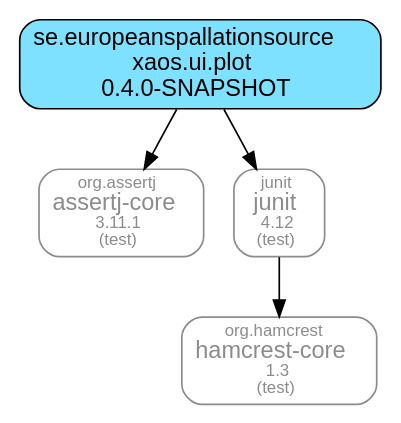
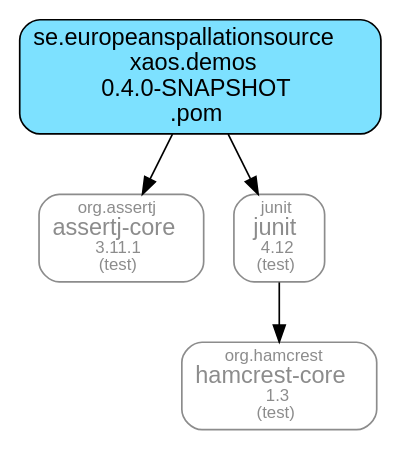
Before and after one commit to ESSICS/XAOS: the diagram in xaos.demos.module/doc/maven-dependencies.dot, drawn with Graphviz. The commit also changed 67 other files, not shown here.

```diff
--- a/xaos.demos.module/doc/maven-dependencies.dot
+++ b/xaos.demos.module/doc/maven-dependencies.dot
@@ -1,15 +1,15 @@
-digraph "xaos.ui.plot" {
+digraph "xaos.demos" {
   node [shape="box",style="rounded",fontname="Helvetica",fontsize="14"]
   edge [fontsize="10",fontname="Helvetica"]
 
   // Node Definitions:
-  "se.europeanspallationsource:xaos.ui.plot:jar"[shape="box",style="rounded, filled",fillcolor="#7DE1FF",label=<se.europeanspallationsource<br/>xaos.ui.plot<br/>0.4.0-SNAPSHOT>]
+  "se.europeanspallationsource:xaos.demos:pom"[shape="box",style="rounded, filled",fillcolor="#7DE1FF",label=<se.europeanspallationsource<br/>xaos.demos<br/>0.4.0-SNAPSHOT<br/>.pom>]
   "org.assertj:assertj-core:jar"[shape="box",style="rounded",color="grey55",fontname="Helvetica",fontsize="14",fontcolor="grey55",label=<<font color="grey55" point-size="10">org.assertj</font><br/>assertj-core<font color="grey55" point-size="10"><br/>3.11.1</font><font color="grey55" point-size="10"><br/>(test)</font>>]
   "junit:junit:jar"[shape="box",style="rounded",color="grey55",fontname="Helvetica",fontsize="14",fontcolor="grey55",label=<<font color="grey55" point-size="10">junit</font><br/>junit<font color="grey55" point-size="10"><br/>4.12</font><font color="grey55" point-size="10"><br/>(test)</font>>]
   "org.hamcrest:hamcrest-core:jar"[shape="box",style="rounded",color="grey55",fontname="Helvetica",fontsize="14",fontcolor="grey55",label=<<font color="grey55" point-size="10">org.hamcrest</font><br/>hamcrest-core<font color="grey55" point-size="10"><br/>1.3</font><font color="grey55" point-size="10"><br/>(test)</font>>]
 
   // Edge Definitions:
-  "se.europeanspallationsource:xaos.ui.plot:jar" -> "org.assertj:assertj-core:jar"
+  "se.europeanspallationsource:xaos.demos:pom" -> "org.assertj:assertj-core:jar"
   "junit:junit:jar" -> "org.hamcrest:hamcrest-core:jar"
-  "se.europeanspallationsource:xaos.ui.plot:jar" -> "junit:junit:jar"
+  "se.europeanspallationsource:xaos.demos:pom" -> "junit:junit:jar"
 }
```
